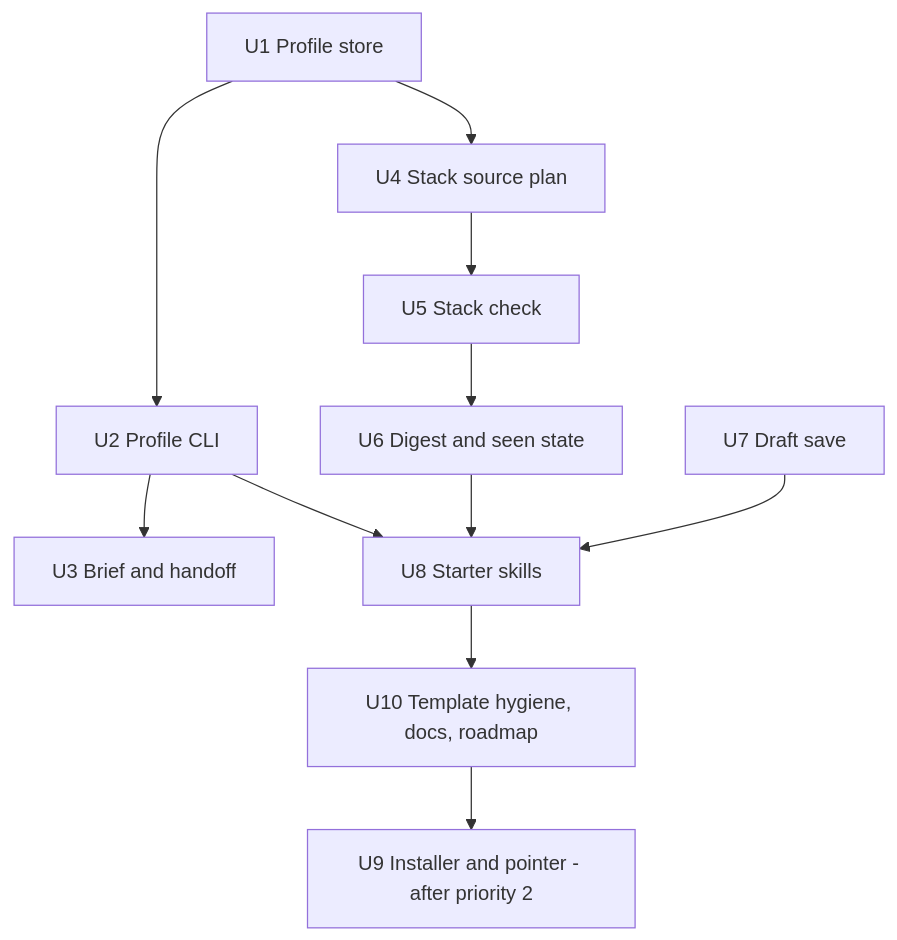
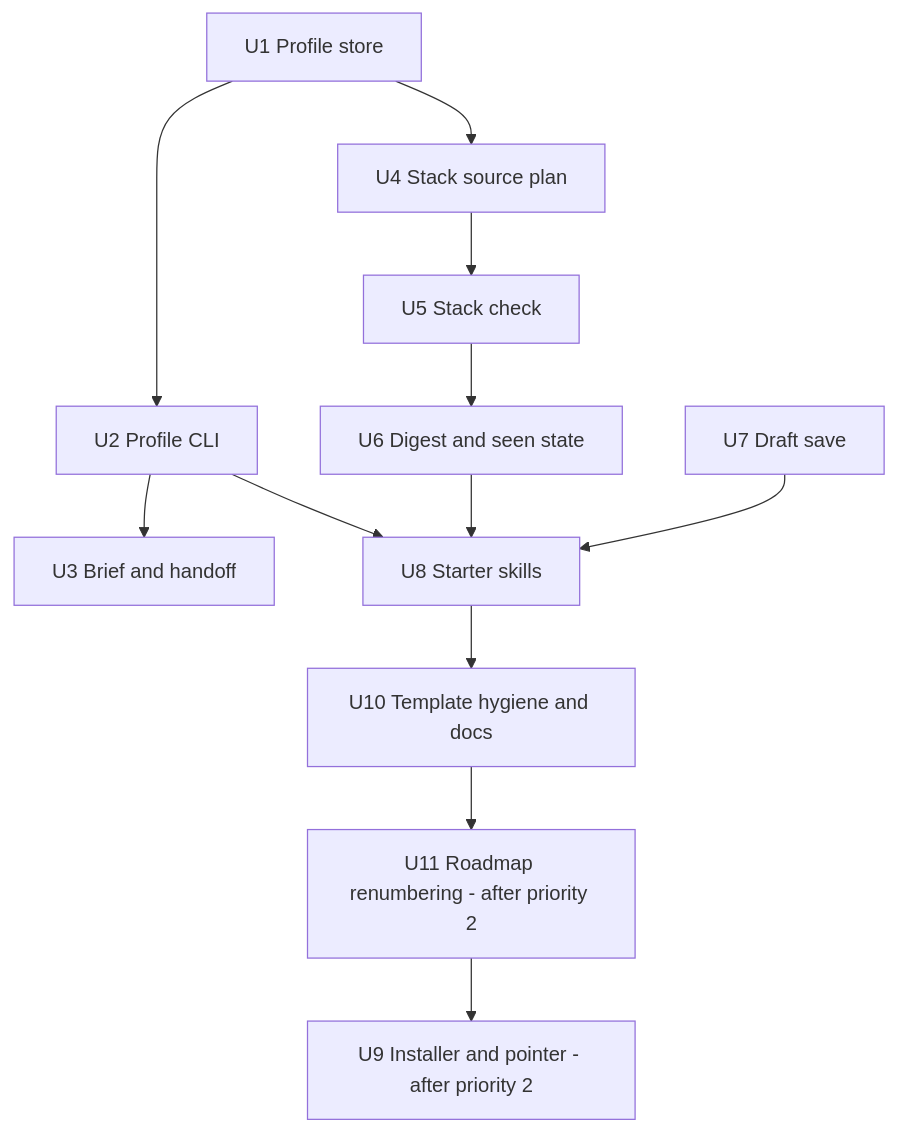
One commit to sundharesan11/developer-context-kit changed the third of 3 diagrams in docs/plans/2026-10-16-001-feat-personal-harness-template-plan.md. Above: the diagram before and after it, drawn with Mermaid. The commit also changed other lines of this file, not shown here.

````diff
--- a/docs/plans/2026-10-16-001-feat-personal-harness-template-plan.md
+++ b/docs/plans/2026-10-16-001-feat-personal-harness-template-plan.md
@@ -326,13 +330,14 @@
 ```mermaid
 flowchart TB
   U1[U1 Profile store] --> U2[U2 Profile CLI]
   U2 --> U3[U3 Brief and handoff]
   U1 --> U4[U4 Stack source plan]
   U4 --> U5[U5 Stack check]
   U5 --> U6[U6 Digest and seen state]
   U2 --> U8[U8 Starter skills]
   U6 --> U8
   U7[U7 Draft save] --> U8
-  U8 --> U10[U10 Template hygiene, docs, roadmap]
-  U10 --> U9[U9 Installer and pointer - after priority 2]
+  U8 --> U10[U10 Template hygiene and docs]
+  U10 --> U11[U11 Roadmap renumbering - after priority 2]
+  U11 --> U9[U9 Installer and pointer - after priority 2]
 ```
````
